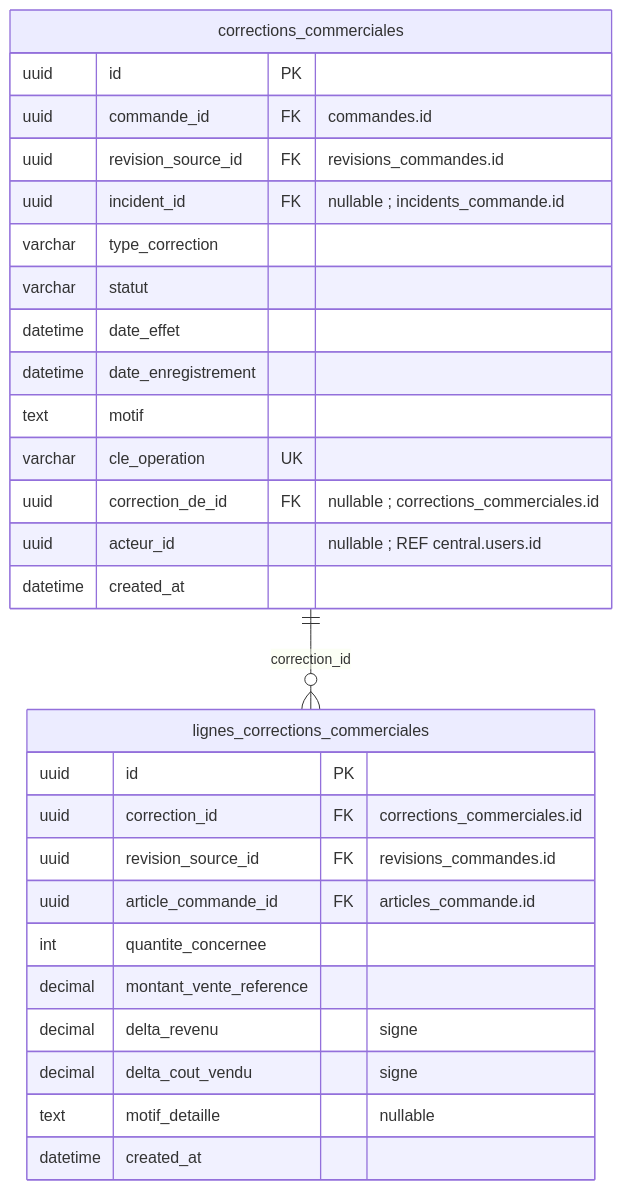
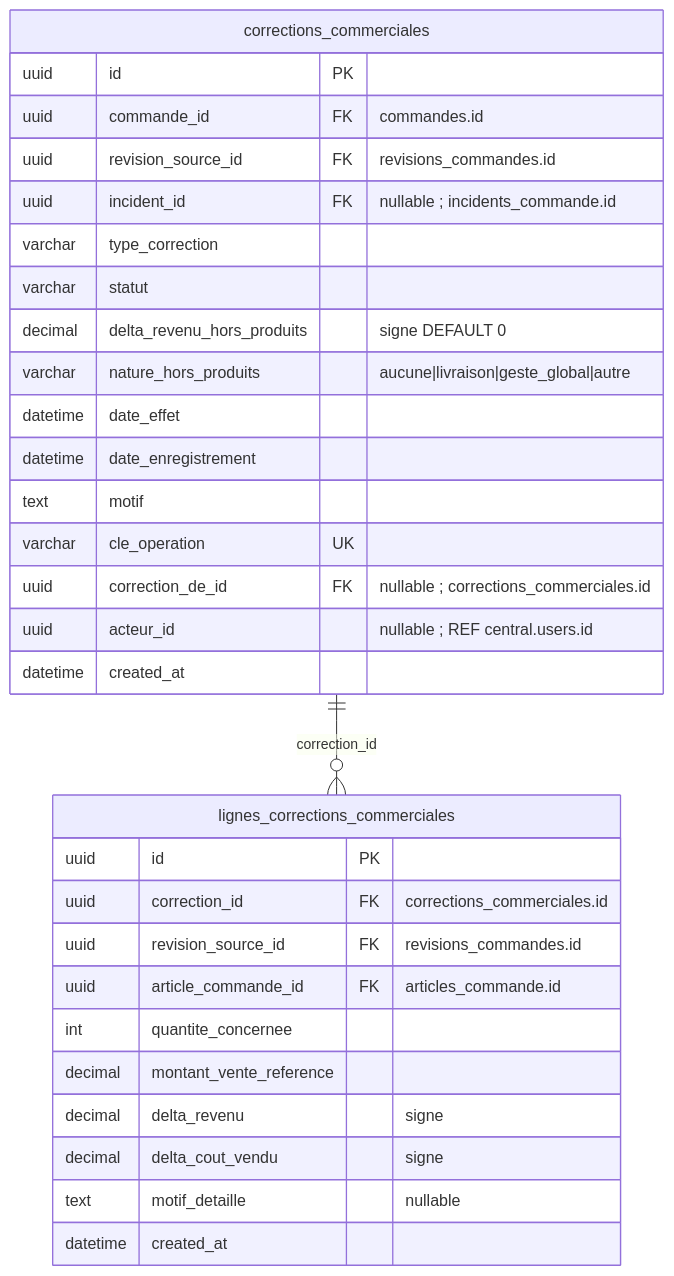
Before and after one commit to unitealfa/saas-ecom: diagram 37 of 37 in Schema-BDD-SaaS-Ecommerce-UUID.md, drawn with Mermaid. The commit also changed other lines of this file, not shown here.

````diff
--- a/Schema-BDD-SaaS-Ecommerce-UUID.md
+++ b/Schema-BDD-SaaS-Ecommerce-UUID.md
@@ -2722,32 +2714,34 @@
 ```mermaid
 erDiagram
     direction TB
     corrections_commerciales {
         uuid id PK
         uuid commande_id FK "commandes.id"
         uuid revision_source_id FK "revisions_commandes.id"
         uuid incident_id FK "nullable ; incidents_commande.id"
         varchar type_correction
         varchar statut
+        decimal delta_revenu_hors_produits "signe DEFAULT 0"
+        varchar nature_hors_produits "aucune|livraison|geste_global|autre"
         datetime date_effet
         datetime date_enregistrement
         text motif
         varchar cle_operation UK
         uuid correction_de_id FK "nullable ; corrections_commerciales.id"
         uuid acteur_id "nullable ; REF central.users.id"
         datetime created_at
     }
     lignes_corrections_commerciales {
         uuid id PK
         uuid correction_id FK "corrections_commerciales.id"
         uuid revision_source_id FK "revisions_commandes.id"
         uuid article_commande_id FK "articles_commande.id"
         int quantite_concernee
         decimal montant_vente_reference
         decimal delta_revenu "signe"
         decimal delta_cout_vendu "signe"
         text motif_detaille "nullable"
         datetime created_at
     }
     corrections_commerciales ||--o{ lignes_corrections_commerciales : correction_id
 ```
````
